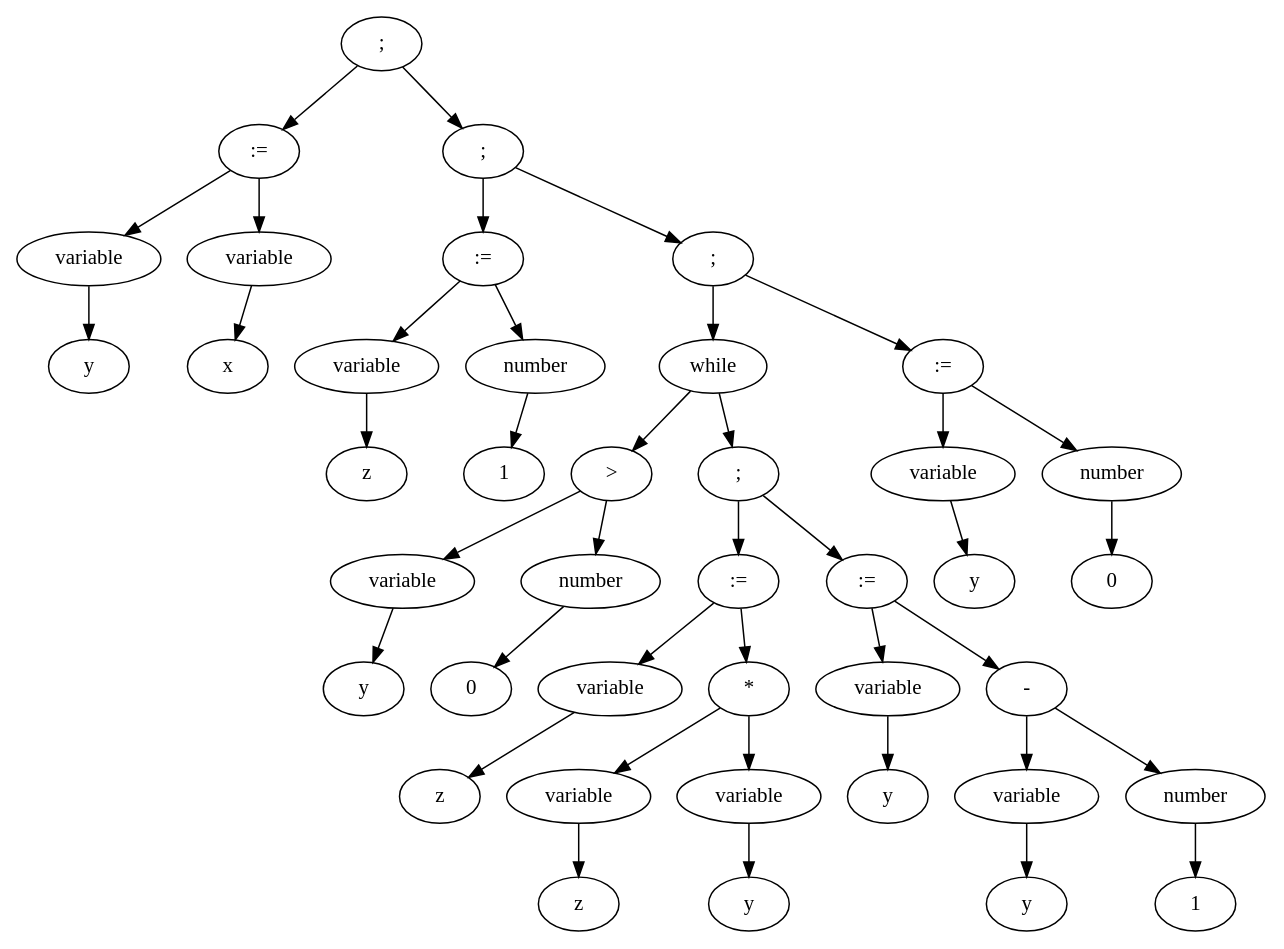
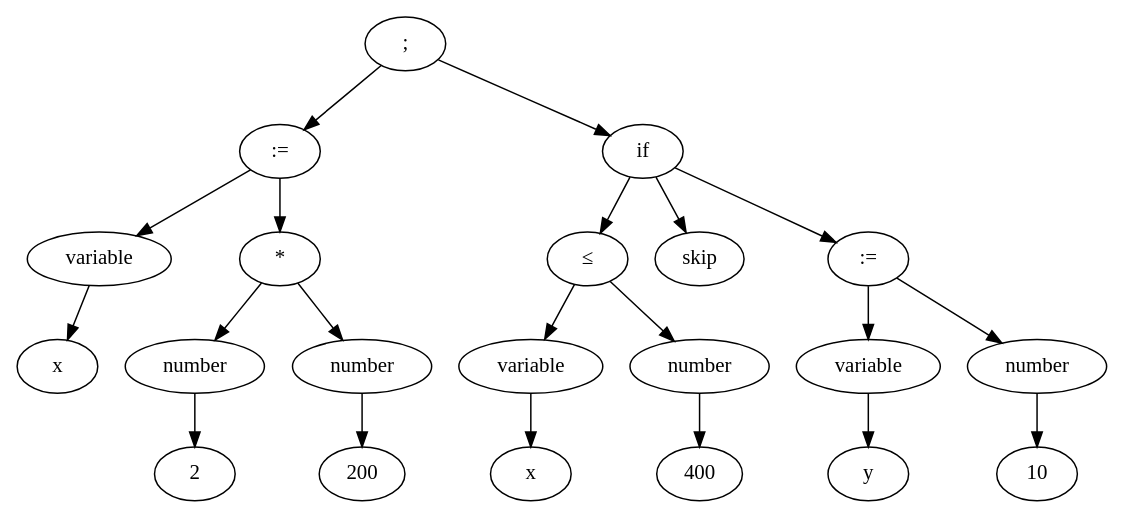
Before and after one commit to m4b/cloaked-robot: the diagram in ast.gv, drawn with Graphviz. The commit also changed 4 other files, not shown here.

```diff
--- a/ast.gv
+++ b/ast.gv
@@ -1,78 +1,41 @@
 digraph graphname{
 s_0 [label=";"];
 s_0 -> s_1;
-s_0 -> s_6;
+s_0 -> s_9;
 s_1 [label=":="];
 s_2 [label="variable"];
-s_3 [label="y"];
+s_3 [label="x"];
 s_1 -> s_2 -> s_3;
 s_1 -> a_4;
-a_4 [label="variable"];
-a_5 [label="x"];
+a_4 [label="*"];
 a_4 -> a_5;
-s_6 [label=";"];
-s_6 -> s_7;
-s_6 -> s_12;
-s_7 [label=":="];
-s_8 [label="variable"];
-s_9 [label="z"];
-s_7 -> s_8 -> s_9;
-s_7 -> a_10;
-a_10 [label="number"];
-a_11 [label="1"];
-a_10 -> a_11;
-s_12 [label=";"];
-s_12 -> s_13;
-s_12 -> s_36;
-s_13 [label="while"];
-s_13 -> b_14;
-s_13 -> s_19;
-b_14 [label=">"];
-b_14 -> a_15;
-b_14 -> a_17;
-a_15 [label="variable"];
-a_16 [label="y"];
-a_15 -> a_16;
-a_17 [label="number"];
-a_18 [label="0"];
-a_17 -> a_18;
-s_19 [label=";"];
-s_19 -> s_20;
-s_19 -> s_28;
-s_20 [label=":="];
-s_21 [label="variable"];
-s_22 [label="z"];
-s_20 -> s_21 -> s_22;
-s_20 -> a_23;
-a_23 [label="*"];
-a_23 -> a_24;
-a_23 -> a_26;
-a_24 [label="variable"];
-a_25 [label="z"];
-a_24 -> a_25;
-a_26 [label="variable"];
-a_27 [label="y"];
-a_26 -> a_27;
-s_28 [label=":="];
-s_29 [label="variable"];
-s_30 [label="y"];
-s_28 -> s_29 -> s_30;
-s_28 -> a_31;
-a_31 [label="-"];
-a_31 -> a_32;
-a_31 -> a_34;
-a_32 [label="variable"];
-a_33 [label="y"];
-a_32 -> a_33;
-a_34 [label="number"];
-a_35 [label="1"];
-a_34 -> a_35;
-s_36 [label=":="];
-s_37 [label="variable"];
-s_38 [label="y"];
-s_36 -> s_37 -> s_38;
-s_36 -> a_39;
-a_39 [label="number"];
-a_40 [label="0"];
-a_39 -> a_40;
+a_4 -> a_7;
+a_5 [label="number"];
+a_6 [label="2"];
+a_5 -> a_6;
+a_7 [label="number"];
+a_8 [label="200"];
+a_7 -> a_8;
+s_9 [label="if"];
+s_9 -> b_10;
+s_9 -> s_15;
+s_9 -> s_16;
+b_10 [label="≤"];
+b_10 -> a_11;
+b_10 -> a_13;
+a_11 [label="variable"];
+a_12 [label="x"];
+a_11 -> a_12;
+a_13 [label="number"];
+a_14 [label="400"];
+a_13 -> a_14;
+s_15 [label="skip"];
+s_16 [label=":="];
+s_17 [label="variable"];
+s_18 [label="y"];
+s_16 -> s_17 -> s_18;
+s_16 -> a_19;
+a_19 [label="number"];
+a_20 [label="10"];
+a_19 -> a_20;
 }
```
